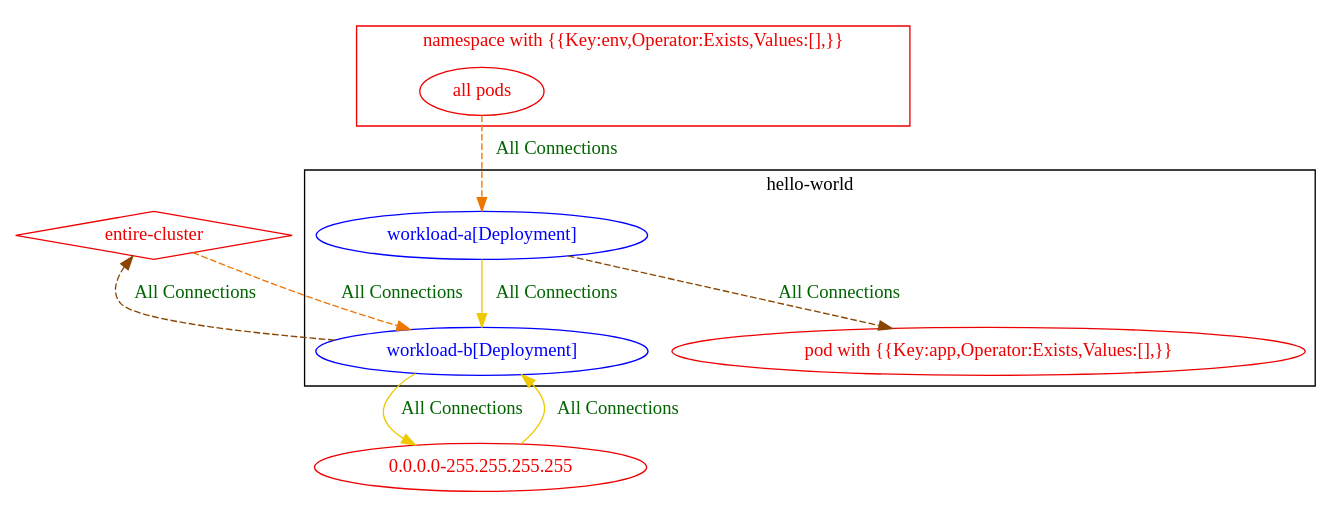
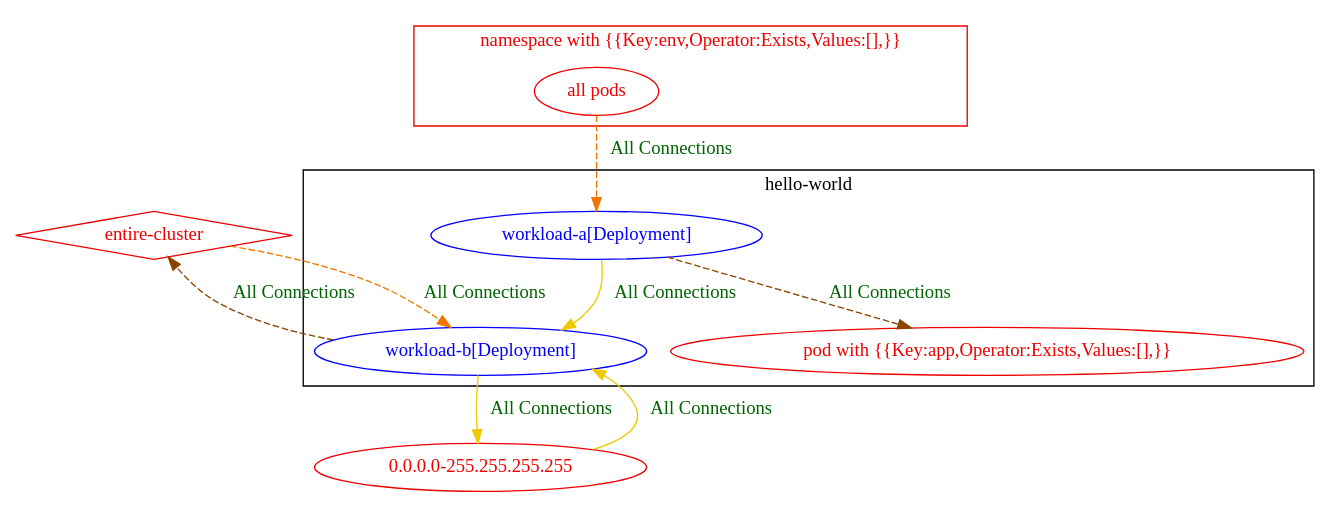
One commit to np-guard/netpol-analyzer changed the diagram in test_outputs/connlist/exposure_test_exposure_with_match_expression_exists_op_connlist_output.dot. Above: the diagram before and after it, drawn with Graphviz. The commit also changed 153 other files, not shown here.

```diff
--- a/test_outputs/connlist/exposure_test_exposure_with_match_expression_exists_op_connlist_output.dot
+++ b/test_outputs/connlist/exposure_test_exposure_with_match_expression_exists_op_connlist_output.dot
@@ -1,25 +1,25 @@
 digraph {
 	subgraph "cluster_hello_world" {
 		color="black"
 		fontcolor="black"
 		"hello-world/workload-a[Deployment]" [label="workload-a[Deployment]" color="blue" fontcolor="blue"]
 		"hello-world/workload-b[Deployment]" [label="workload-b[Deployment]" color="blue" fontcolor="blue"]
 		"pod with {{Key:app,Operator:Exists,Values:[],}}_in_hello-world" [label="pod with {{Key:app,Operator:Exists,Values:[],}}" color="red2" fontcolor="red2"]
 		label="hello-world"
 	}
 	subgraph "cluster_namespace with {{Key:env,Operator:Exists,Values:[],}}" {
 		color="red2"
 		fontcolor="red2"
 		"all pods_in_namespace with {{Key:env,Operator:Exists,Values:[],}}" [label="all pods" color="red2" fontcolor="red2"]
 		label="namespace with {{Key:env,Operator:Exists,Values:[],}}"
 	}
 	"0.0.0.0-255.255.255.255" [label="0.0.0.0-255.255.255.255" color="red2" fontcolor="red2"]
 	"entire-cluster" [label="entire-cluster" color="red2" fontcolor="red2" shape=diamond]
-	"0.0.0.0-255.255.255.255" -> "hello-world/workload-b[Deployment]" [label="All Connections" color="gold2" fontcolor="darkgreen"]
+	"0.0.0.0-255.255.255.255" -> "hello-world/workload-b[Deployment]" [label="All Connections" color="gold2" fontcolor="darkgreen" weight=0.5]
 	"all pods_in_namespace with {{Key:env,Operator:Exists,Values:[],}}" -> "hello-world/workload-a[Deployment]" [label="All Connections" color="darkorange2" fontcolor="darkgreen" weight=1 style=dashed]
 	"entire-cluster" -> "hello-world/workload-b[Deployment]" [label="All Connections" color="darkorange2" fontcolor="darkgreen" weight=1 style=dashed]
-	"hello-world/workload-a[Deployment]" -> "hello-world/workload-b[Deployment]" [label="All Connections" color="gold2" fontcolor="darkgreen"]
+	"hello-world/workload-a[Deployment]" -> "hello-world/workload-b[Deployment]" [label="All Connections" color="gold2" fontcolor="darkgreen" weight=0.5]
 	"hello-world/workload-a[Deployment]" -> "pod with {{Key:app,Operator:Exists,Values:[],}}_in_hello-world" [label="All Connections" color="darkorange4" fontcolor="darkgreen" weight=0.5 style=dashed]
-	"hello-world/workload-b[Deployment]" -> "0.0.0.0-255.255.255.255" [label="All Connections" color="gold2" fontcolor="darkgreen"]
+	"hello-world/workload-b[Deployment]" -> "0.0.0.0-255.255.255.255" [label="All Connections" color="gold2" fontcolor="darkgreen" weight=1]
 	"hello-world/workload-b[Deployment]" -> "entire-cluster" [label="All Connections" color="darkorange4" fontcolor="darkgreen" weight=0.5 style=dashed]
 }
```
